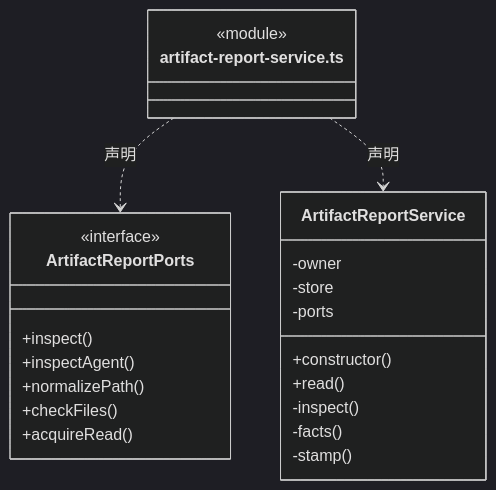
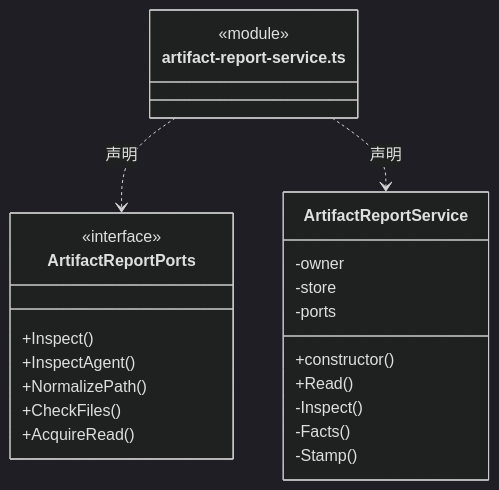
Before and after one commit to nan023062/cbim: the second of 23 diagrams in src/logic/evidence/runtime/ARCHITECTURE.md, drawn with Mermaid (dark theme). The commit also changed other lines of this file and 1035 other files, not shown here.

````diff
--- a/src/logic/evidence/runtime/ARCHITECTURE.md
+++ b/src/logic/evidence/runtime/ARCHITECTURE.md
@@ -51,26 +51,26 @@
 ```mermaid
 classDiagram
 class N_src_logic_evidence_runtime_artifact_report_service_ts["artifact-report-service.ts"] {
   <<module>>
 }
 class N_src_logic_evidence_runtime_artifact_report_service_ts_ArtifactReportPorts["ArtifactReportPorts"] {
   <<interface>>
-  +inspect()
-  +inspectAgent()
-  +normalizePath()
-  +checkFiles()
-  +acquireRead()
+  +Inspect()
+  +InspectAgent()
+  +NormalizePath()
+  +CheckFiles()
+  +AcquireRead()
 }
 N_src_logic_evidence_runtime_artifact_report_service_ts ..> N_src_logic_evidence_runtime_artifact_report_service_ts_ArtifactReportPorts : 声明
 class N_src_logic_evidence_runtime_artifact_report_service_ts_ArtifactReportService["ArtifactReportService"] {
   +constructor()
-  +read()
+  +Read()
   -owner
   -store
   -ports
-  -inspect()
-  -facts()
-  -stamp()
+  -Inspect()
+  -Facts()
+  -Stamp()
 }
 N_src_logic_evidence_runtime_artifact_report_service_ts ..> N_src_logic_evidence_runtime_artifact_report_service_ts_ArtifactReportService : 声明
 ```
````
